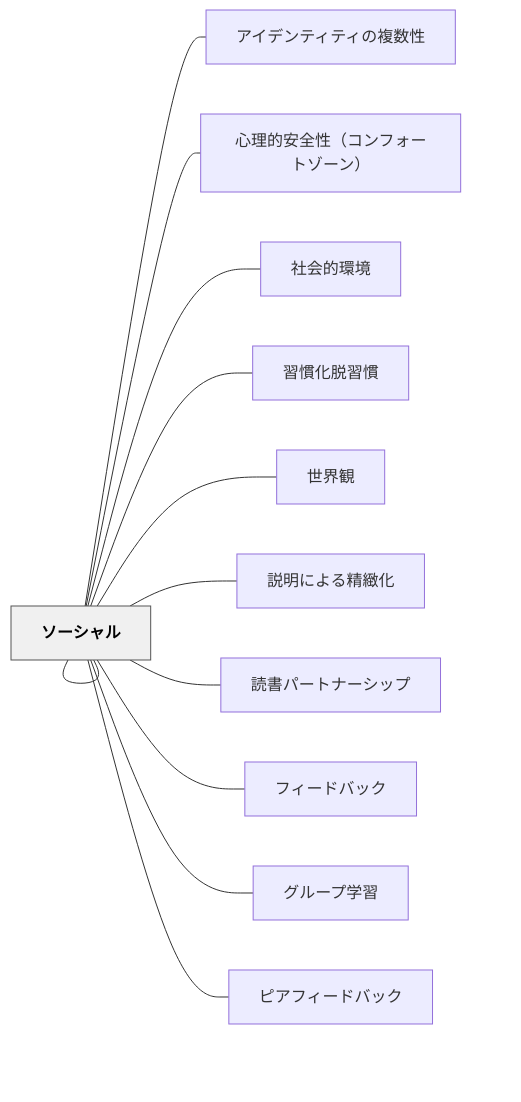
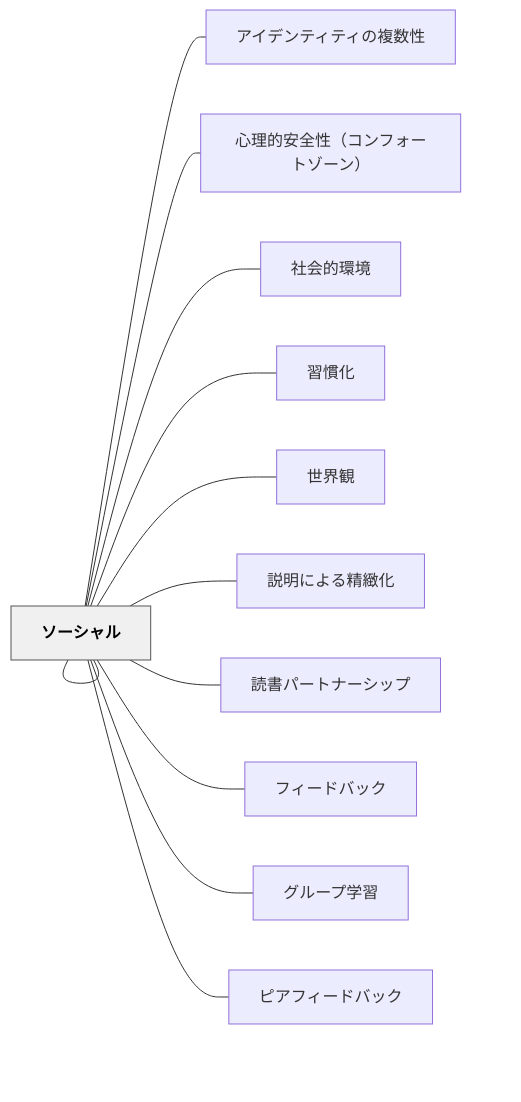
The diagram in content/パタン/ソーシャル.md (unknownthings-ed-patterns/unknownthings-ed-patterns), drawn with Mermaid before and after one commit. The commit also changed other lines of this file and 23 other files, not shown here.

````diff
--- a/content/パタン/ソーシャル.md
+++ b/content/パタン/ソーシャル.md
@@ -131,30 +131,30 @@
 ```mermaid
 flowchart LR
     ne382bde383bce382b7e383a3e383ab["ソーシャル"]
     ne382a2e382a4e38387e383b3e38386e382a3e38386e382a3e381aee8a487e695b0e680a7["アイデンティティの複数性"]
     ne5bf83e79086e79a84e5ae89e585a8e680a7efbc88e382b3e383b3e38395e382a9e383bce38388e382bee383bce383b3efbc89["心理的安全性（コンフォートゾーン）"]
     ne7a4bee4bc9ae79a84e792b0e5a283["社会的環境"]
-    ne7bf92e685a3e58c96e884b1e7bf92e685a3["習慣化脱習慣"]
+    ne7bf92e685a3e58c96["習慣化"]
     ne4b896e7958ce8a6b3["世界観"]
     ne8aaace6988ee381abe38288e3828be7b2bee7b7bbe58c96["説明による精緻化"]
     ne8aaade69bb8e38391e383bce38388e3838ae383bce382b7e38383e38397["読書パートナーシップ"]
     ne38395e382a3e383bce38389e38390e38383e382af["フィードバック"]
     ne382bde383bce382b7e383a3e383ab["ソーシャル"]
     ne382b0e383abe383bce38397e5ada6e7bf92["グループ学習"]
     ne38394e382a2e38395e382a3e383bce38389e38390e38383e382af["ピアフィードバック"]
 
     ne382bde383bce382b7e383a3e383ab --- ne382a2e382a4e38387e383b3e38386e382a3e38386e382a3e381aee8a487e695b0e680a7
     ne382bde383bce382b7e383a3e383ab --- ne5bf83e79086e79a84e5ae89e585a8e680a7efbc88e382b3e383b3e38395e382a9e383bce38388e382bee383bce383b3efbc89
     ne382bde383bce382b7e383a3e383ab --- ne7a4bee4bc9ae79a84e792b0e5a283
-    ne382bde383bce382b7e383a3e383ab --- ne7bf92e685a3e58c96e884b1e7bf92e685a3
+    ne382bde383bce382b7e383a3e383ab --- ne7bf92e685a3e58c96
     ne382bde383bce382b7e383a3e383ab --- ne4b896e7958ce8a6b3
     ne382bde383bce382b7e383a3e383ab --- ne8aaace6988ee381abe38288e3828be7b2bee7b7bbe58c96
     ne382bde383bce382b7e383a3e383ab --- ne8aaade69bb8e38391e383bce38388e3838ae383bce382b7e38383e38397
     ne382bde383bce382b7e383a3e383ab --- ne38395e382a3e383bce38389e38390e38383e382af
     ne382bde383bce382b7e383a3e383ab --- ne382bde383bce382b7e383a3e383ab
     ne382bde383bce382b7e383a3e383ab --- ne382b0e383abe383bce38397e5ada6e7bf92
     ne382bde383bce382b7e383a3e383ab --- ne38394e382a2e38395e382a3e383bce38389e38390e38383e382af
 
     classDef hub fill:#f0f0f0,stroke:#555,color:#000,font-weight:bold
     class ne382bde383bce382b7e383a3e383ab hub
 ```
````
